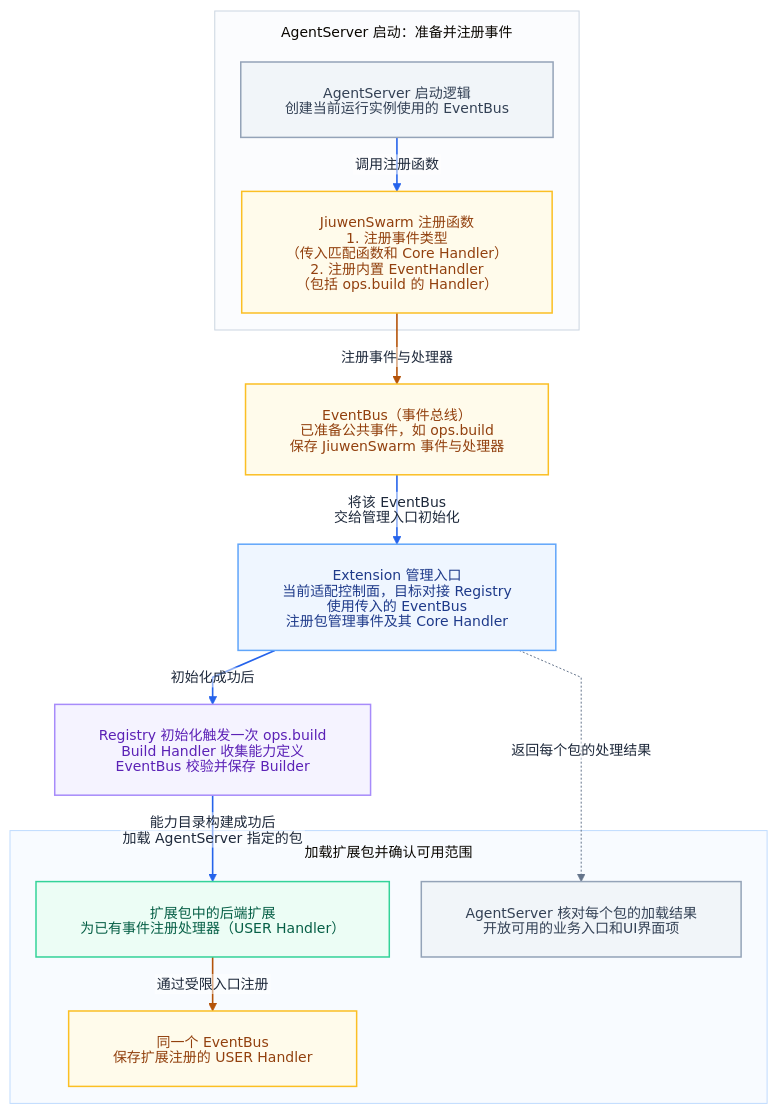
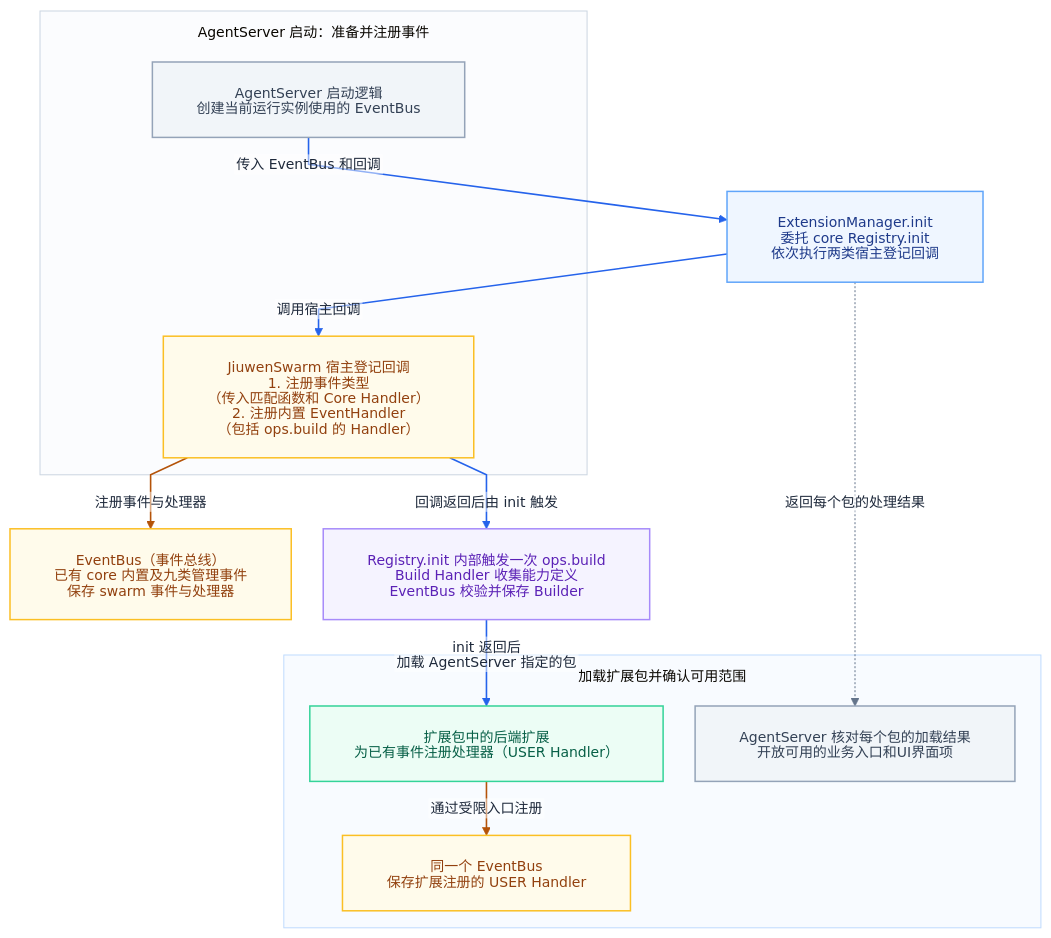
The fifth of 12 diagrams in jiuwenswarm/extensions_v2/docs/designs/extensions-v2-architecture.md (openJiuwen-ai/jiuwenswarm), drawn with Mermaid before and after one commit. The commit also changed other lines of this file and 4 other files, not shown here.

````diff
--- a/jiuwenswarm/extensions_v2/docs/designs/extensions-v2-architecture.md
+++ b/jiuwenswarm/extensions_v2/docs/designs/extensions-v2-architecture.md
@@ -264,48 +264,48 @@
 ```mermaid
 %%{init: {"theme":"base","htmlLabels":false,"themeVariables":{"fontFamily":"Microsoft YaHei, Noto Sans CJK SC, Arial, sans-serif","fontSize":"14px","lineColor":"#64748b","textColor":"#1e293b","primaryTextColor":"#1e293b","edgeLabelBackground":"#ffffff","clusterBkg":"#f8fafc","clusterBorder":"#cbd5e1"},"flowchart":{"htmlLabels":false,"curve":"linear","nodeSpacing":32,"rankSpacing":34,"padding":22,"useMaxWidth":true,"wrappingWidth":280,"subGraphTitleMargin":{"top":12,"bottom":22}},"fontSize":14}}%%
 flowchart TB
     subgraph PREPARE["AgentServer 启动：准备并注册事件"]
         LIFE["AgentServer 启动逻辑<br/>创建当前运行实例使用的 EventBus"]
-        CATALOG["JiuwenSwarm 注册函数<br/>1. 注册事件类型<br/>（传入匹配函数和 Core Handler）<br/>2. 注册内置 EventHandler<br/>（包括 ops.build 的 Handler）"]
+        CATALOG["JiuwenSwarm 宿主登记回调<br/>1. 注册事件类型<br/>（传入匹配函数和 Core Handler）<br/>2. 注册内置 EventHandler<br/>（包括 ops.build 的 Handler）"]
     end
 
-    BUS["EventBus（事件总线）<br/>已准备公共事件，如 ops.build<br/>保存 JiuwenSwarm 事件与处理器"]
-    REGISTRY["Extension 管理入口<br/>当前适配控制面，目标对接 Registry<br/>使用传入的 EventBus<br/>注册包管理事件及其 Core Handler"]
-    BUILD["Registry 初始化触发一次 ops.build<br/>Build Handler 收集能力定义<br/>EventBus 校验并保存 Builder"]
+    BUS["EventBus（事件总线）<br/>已有 core 内置及九类管理事件<br/>保存 swarm 事件与处理器"]
+    REGISTRY["ExtensionManager.init<br/>委托 core Registry.init<br/>依次执行两类宿主登记回调"]
+    BUILD["Registry.init 内部触发一次 ops.build<br/>Build Handler 收集能力定义<br/>EventBus 校验并保存 Builder"]
 
     subgraph LOAD["加载扩展包并确认可用范围"]
         EXTENSION["扩展包中的后端扩展<br/>为已有事件注册处理器（USER Handler）"]
         USER_BUS["同一个 EventBus<br/>保存扩展注册的 USER Handler"]
         RESULT["AgentServer 核对每个包的加载结果<br/>开放可用的业务入口和UI界面项"]
     end
 
-    LIFE -->|调用注册函数| CATALOG
+    LIFE -->|传入 EventBus 和回调| REGISTRY
     CATALOG -->|注册事件与处理器| BUS
-    BUS -->|"将该 EventBus 交给管理入口初始化"| REGISTRY
-    REGISTRY -->|初始化成功后| BUILD
-    BUILD -->|能力目录构建成功后<br/>加载 AgentServer 指定的包| EXTENSION
+    REGISTRY -->|调用宿主回调| CATALOG
+    CATALOG -->|回调返回后由 init 触发| BUILD
+    BUILD -->|init 返回后<br/>加载 AgentServer 指定的包| EXTENSION
     EXTENSION -->|通过受限入口注册| USER_BUS
     REGISTRY -.->|返回每个包的处理结果| RESULT
 
     classDef external fill:#f1f5f9,stroke:#94a3b8,color:#334155,stroke-width:1.5px;
     classDef flow fill:#eff6ff,stroke:#60a5fa,color:#1e3a8a,stroke-width:1.5px;
     classDef handler fill:#ecfdf5,stroke:#34d399,color:#065f46,stroke-width:1.5px;
     classDef config fill:#fffbeb,stroke:#fbbf24,color:#92400e,stroke-width:1.5px;
     classDef context fill:#ecfeff,stroke:#06b6d4,color:#155e75,stroke-width:1.5px;
     classDef ops fill:#f5f3ff,stroke:#a78bfa,color:#5b21b6,stroke-width:1.5px;
     classDef capability fill:#ecfdf5,stroke:#34d399,color:#065f46,stroke-width:1.5px;
     classDef resource fill:#f0fdfa,stroke:#5eead4,color:#115e59,stroke-width:1.5px;
     classDef verb fill:#fff7ed,stroke:#fb923c,color:#9a3412,stroke-width:1.5px;
 
     class LIFE external;
     class CATALOG config;
     class REGISTRY flow;
     class BUILD ops;
     class BUS,USER_BUS config;
     class EXTENSION handler;
     class RESULT external;
     style PREPARE fill:#fbfcfe,stroke:#cbd5e1,stroke-width:1px;
     style LOAD fill:#f8fbff,stroke:#bfdbfe,stroke-width:1px;
     linkStyle 0,2,3,4 stroke:#2563eb,stroke-width:1.6px;
     linkStyle 1,5 stroke:#b45309,stroke-width:1.6px;
 ```
````
